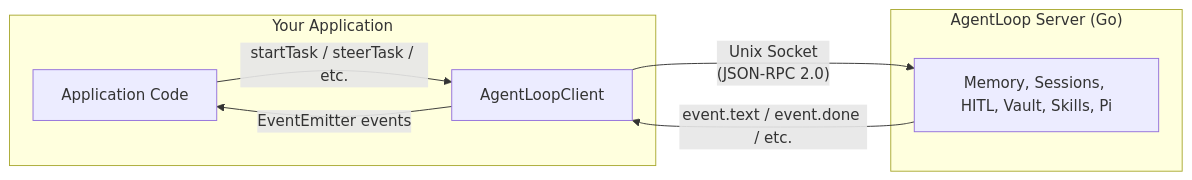
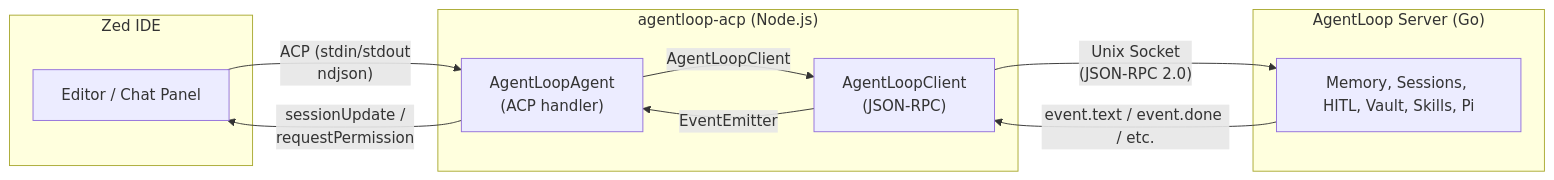
Before and after one commit to MarcoMruz/agentloop-docs: the diagram in src/content/docs/acp-client/overview.mdx, drawn with Mermaid. The commit also changed other lines of this file and 3 other files, not shown here.

````diff
--- a/src/content/docs/acp-client/overview.mdx
+++ b/src/content/docs/acp-client/overview.mdx
@@ -22,16 +21,22 @@
 ```mermaid
 graph LR
-    subgraph "Your Application"
-        App["Application Code"]
-        Client["AgentLoopClient"]
+    subgraph "Zed IDE"
+        ZedUI["Editor / Chat Panel"]
+    end
+
+    subgraph "agentloop-acp (Node.js)"
+        Agent["AgentLoopAgent\n(ACP handler)"]
+        Client["AgentLoopClient\n(JSON-RPC)"]
     end
 
     subgraph "AgentLoop Server (Go)"
         Intelligence["Memory, Sessions, HITL, Vault, Skills, Pi"]
     end
 
-    App -->|"startTask / steerTask / etc."| Client
-    Client -->|"Unix Socket<br/>(JSON-RPC 2.0)"| Intelligence
+    ZedUI -->|"ACP (stdin/stdout\nndjson)"| Agent
+    Agent -->|"AgentLoopClient"| Client
+    Client -->|"Unix Socket\n(JSON-RPC 2.0)"| Intelligence
     Intelligence -->|"event.text / event.done / etc."| Client
-    Client -->|"EventEmitter events"| App
+    Client -->|"EventEmitter"| Agent
+    Agent -->|"sessionUpdate /\nrequestPermission"| ZedUI
 ```
````
